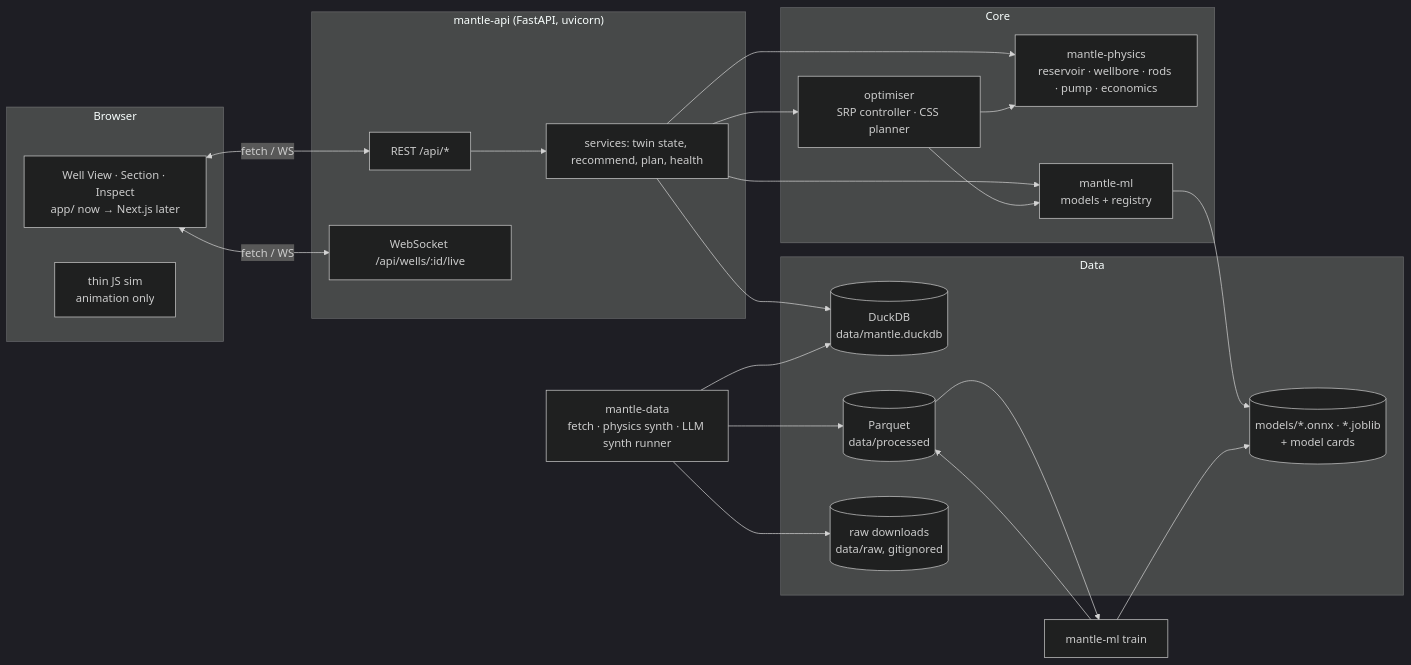
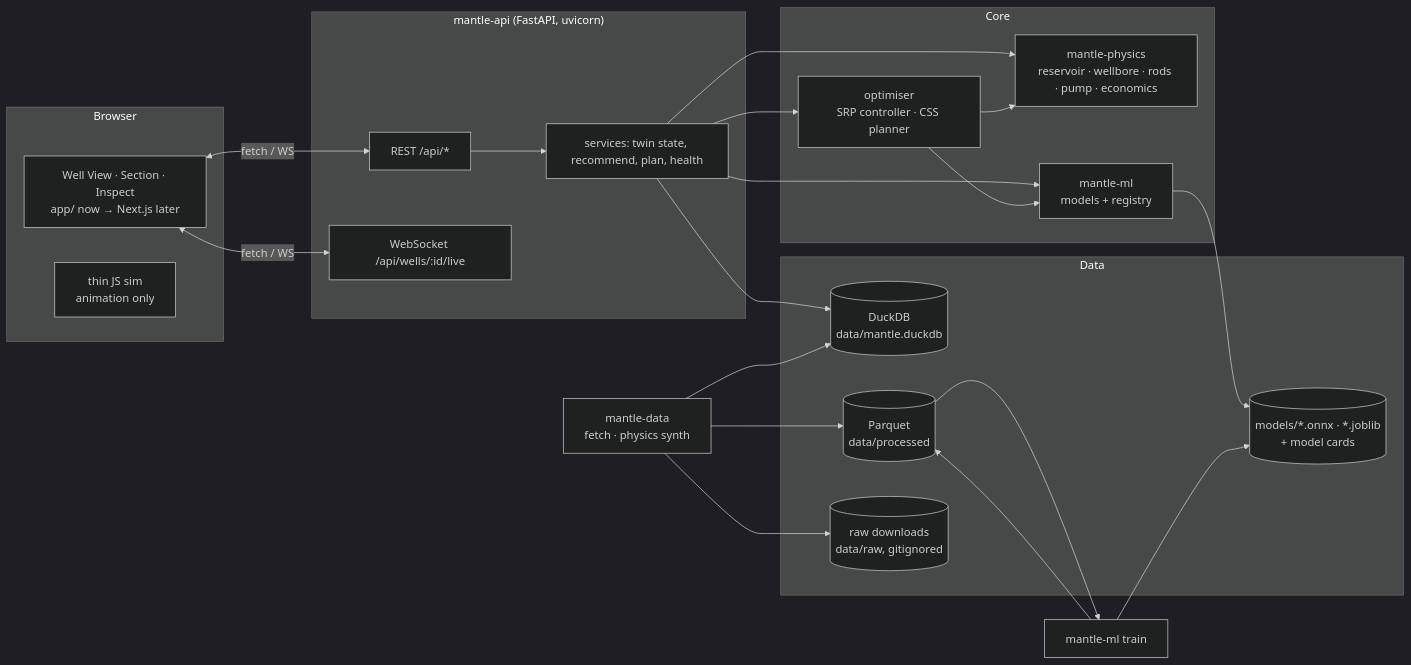
One commit to Abhinav-Prabhakar/Mantle changed the diagram in backend.md. Above: the diagram before and after it, drawn with Mermaid (dark theme). The commit also changed other lines of this file and 208 other files, not shown here.

Commit message:
Remove LLM-synthetic data path: llm-packs, mantle_data.llm, prompts, llm CLI/table/compose profile, M4 text features, anthropic/openai deps; sources are now real and physics_synthetic

````diff
--- a/backend.md
+++ b/backend.md
@@ -34,30 +34,30 @@
 ```mermaid
 flowchart LR
   subgraph Browser
     UI[Well View · Section · Inspect<br/>app/ now → Next.js later]
     JS[thin JS sim<br/>animation only]
   end
   subgraph API["mantle-api (FastAPI, uvicorn)"]
     R[REST /api/*]
     WS[WebSocket /api/wells/:id/live]
     SVC[services: twin state, recommend, plan, health]
   end
   subgraph Core
     PHY[mantle-physics<br/>reservoir · wellbore · rods · pump · economics]
     ML[mantle-ml<br/>models + registry]
     OPT[optimiser<br/>SRP controller · CSS planner]
   end
   subgraph Data
     DDB[(DuckDB<br/>data/mantle.duckdb)]
     PQ[(Parquet<br/>data/processed)]
     RAW[(raw downloads<br/>data/raw, gitignored)]
     ART[(models/*.onnx · *.joblib<br/>+ model cards)]
   end
   UI <-->|fetch / WS| R & WS
   R --> SVC --> PHY & ML & OPT
   OPT --> PHY & ML
   ML --> ART
   SVC --> DDB
-  DATA[mantle-data<br/>fetch · physics synth · LLM synth runner] --> RAW & PQ & DDB
+  DATA[mantle-data<br/>fetch · physics synth] --> RAW & PQ & DDB
   TRAIN[mantle-ml train] --> PQ --> TRAIN --> ART
 ```
````
